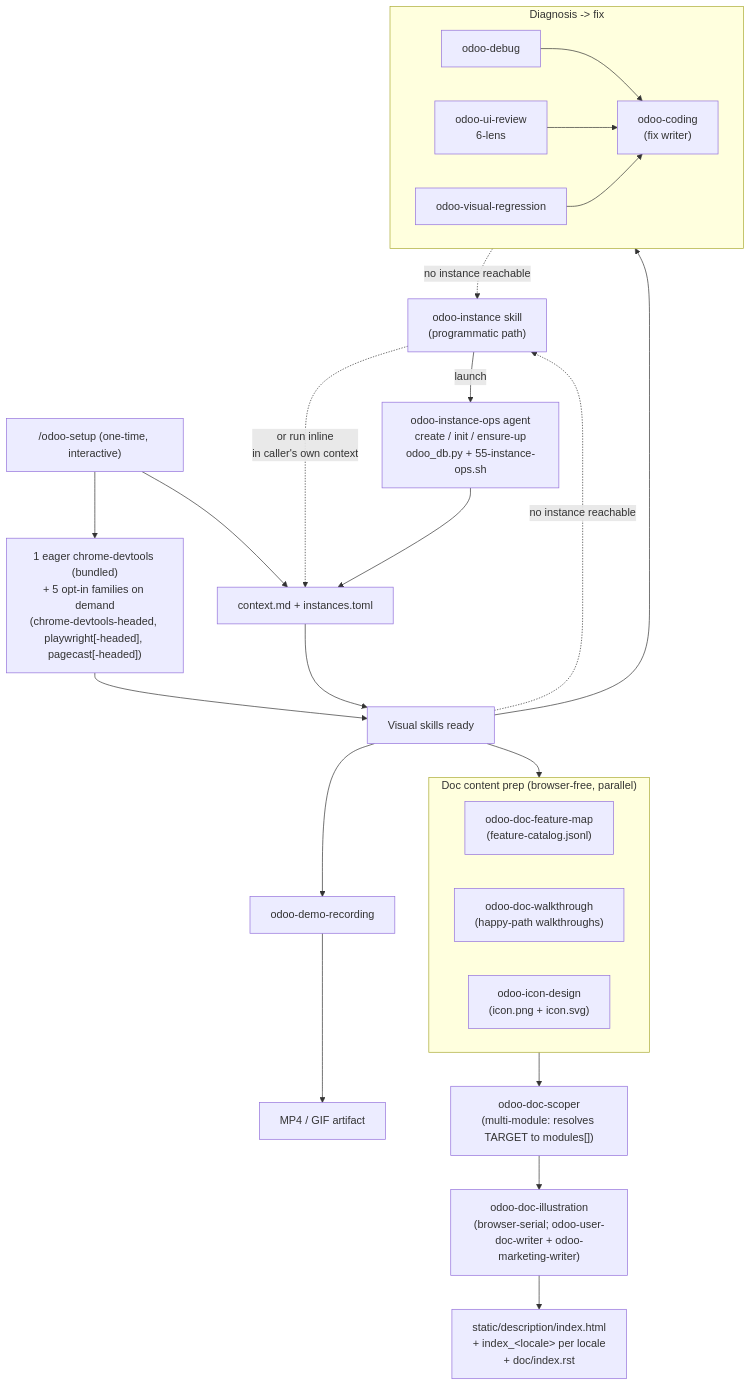
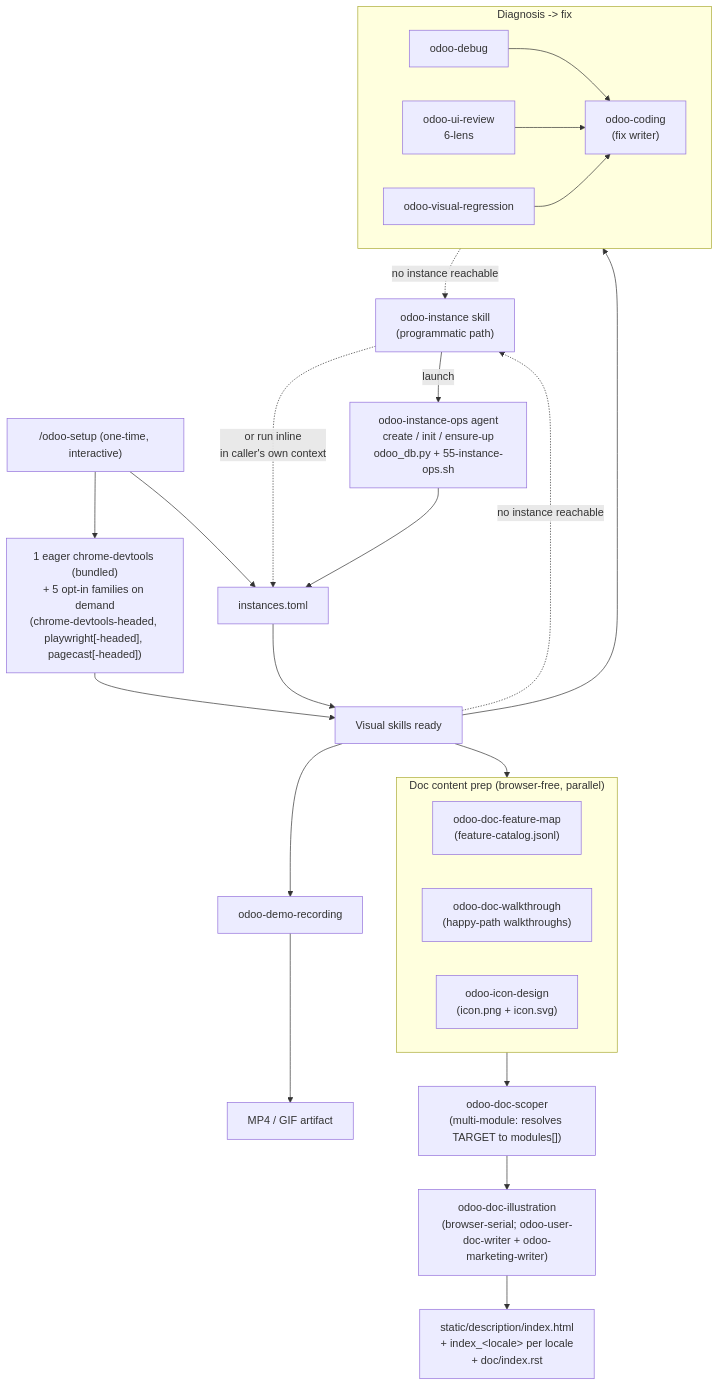
The fourth of 9 diagrams in plugins/odoo-ai-agents/README.md (Viindoo/odoo-mcp-client), drawn with Mermaid before and after one commit. The commit also changed other lines of this file and 154 other files, not shown here.

````diff
--- a/plugins/odoo-ai-agents/README.md
+++ b/plugins/odoo-ai-agents/README.md
@@ -343,38 +346,38 @@
 ```mermaid
 flowchart TD
     SETUP["/odoo-setup (one-time, interactive)"]
     SETUP --> MCPW["1 eager chrome-devtools (bundled)<br/>+ 5 opt-in families on demand<br/>(chrome-devtools-headed, playwright[-headed], pagecast[-headed])"]
-    SETUP --> CTX["context.md + instances.toml"]
+    SETUP --> CTX["instances.toml"]
 
     INST["odoo-instance skill<br/>(programmatic path)"]
     INST -->|"launch"| IOPS["odoo-instance-ops agent<br/>create / init / ensure-up<br/>odoo_db.py + 55-instance-ops.sh"]
     INST -.->|"or run inline<br/>in caller's own context"| CTX
     IOPS --> CTX
 
     MCPW --> SK["Visual skills ready"]
     CTX --> SK
 
     subgraph FIX_SKILLS["Diagnosis -> fix"]
         UID["odoo-debug"] --> FC["odoo-coding<br/>(fix writer)"]
         UIR["odoo-ui-review<br/>6-lens"] --> FC
         VR["odoo-visual-regression"] --> FC
     end
 
     SK --> FIX_SKILLS
     SK --> DR["odoo-demo-recording"]
     DR --> MEDIA["MP4 / GIF artifact"]
 
     subgraph DOC_PREP["Doc content prep (browser-free, parallel)"]
         FMP["odoo-doc-feature-map<br/>(feature-catalog.jsonl)"]
         WLK["odoo-doc-walkthrough<br/>(happy-path walkthroughs)"]
         ICN["odoo-icon-design<br/>(icon.png + icon.svg)"]
     end
 
     SK --> DOC_PREP
     DOC_PREP --> DOCSCOPER["odoo-doc-scoper<br/>(multi-module: resolves TARGET to modules[])"]
     DOCSCOPER --> DOCILL["odoo-doc-illustration<br/>(browser-serial; odoo-user-doc-writer + odoo-marketing-writer)"]
     DOCILL --> DOCOUT["static/description/index.html<br/>+ index_&lt;locale&gt; per locale<br/>+ doc/index.rst"]
 
     FIX_SKILLS -. "no instance reachable" .-> INST
     SK -. "no instance reachable" .-> INST
 ```
````
